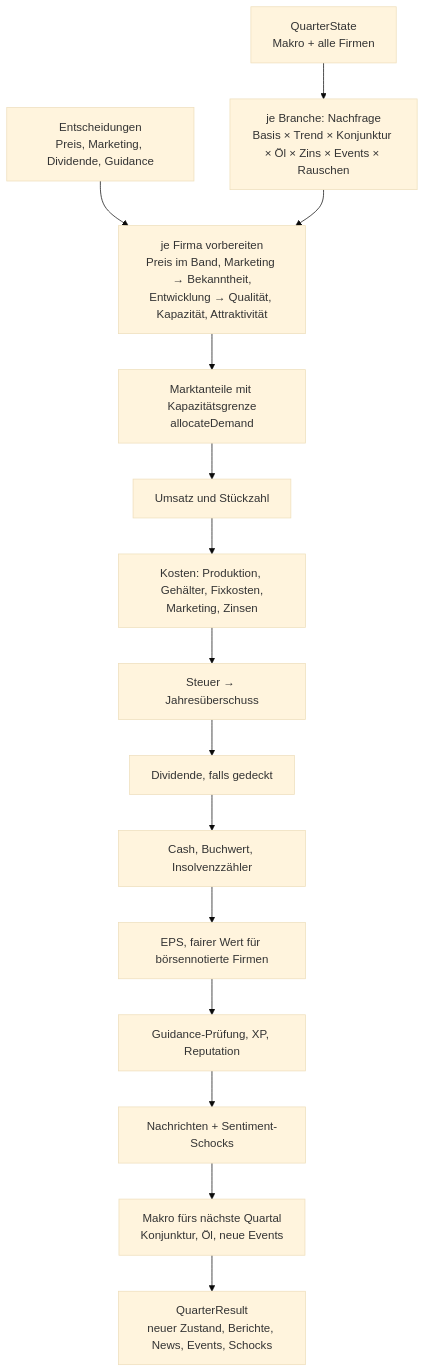
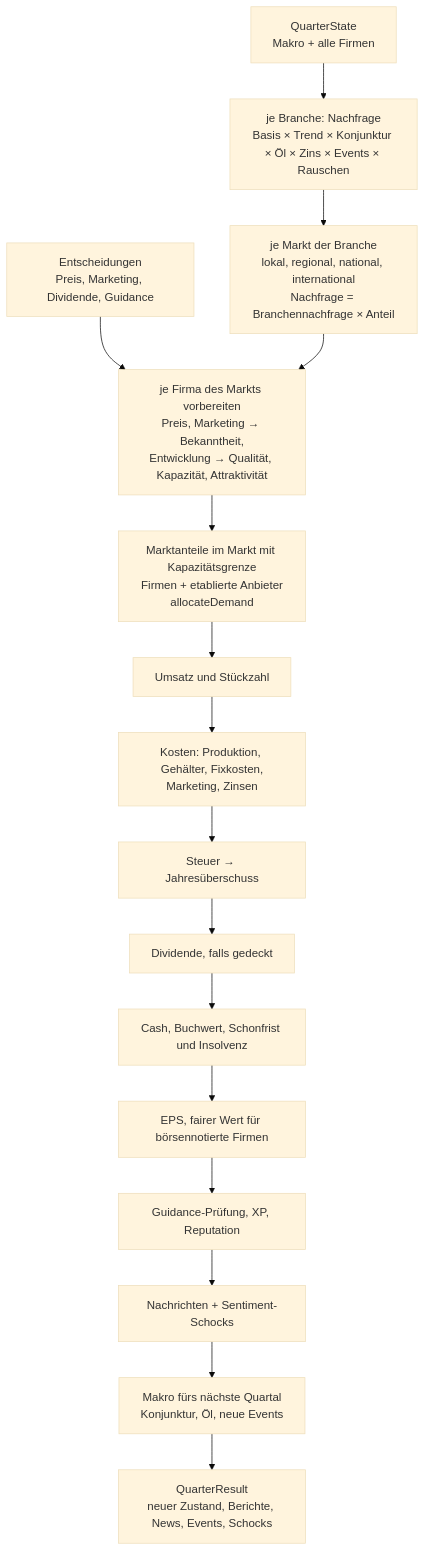
One commit to Trikophalo/TradeWorld changed the second of 2 diagrams in docs/SIMULATION.md. Above: the diagram before and after it, drawn with Mermaid (base theme). The commit also changed other lines of this file and 17 other files, not shown here.

````diff
--- a/docs/SIMULATION.md
+++ b/docs/SIMULATION.md
@@ -377,17 +377,18 @@
 ```mermaid
 flowchart TD
     A[QuarterState<br/>Makro + alle Firmen] --> B[je Branche: Nachfrage<br/>Basis × Trend × Konjunktur × Öl × Zins × Events × Rauschen]
+    B --> S[je Markt der Branche<br/>lokal, regional, national, international<br/>Nachfrage = Branchennachfrage × Anteil]
     D[Entscheidungen<br/>Preis, Marketing, Dividende, Guidance] --> C
-    B --> C[je Firma vorbereiten<br/>Preis im Band, Marketing → Bekanntheit,<br/>Entwicklung → Qualität, Kapazität, Attraktivität]
-    C --> E[Marktanteile mit Kapazitätsgrenze<br/>allocateDemand]
+    S --> C[je Firma des Markts vorbereiten<br/>Preis, Marketing → Bekanntheit,<br/>Entwicklung → Qualität, Kapazität, Attraktivität]
+    C --> E[Marktanteile im Markt mit Kapazitätsgrenze<br/>Firmen + etablierte Anbieter<br/>allocateDemand]
     E --> F[Umsatz und Stückzahl]
     F --> G[Kosten: Produktion, Gehälter, Fixkosten,<br/>Marketing, Zinsen]
     G --> H[Steuer → Jahresüberschuss]
     H --> I[Dividende, falls gedeckt]
-    I --> J[Cash, Buchwert, Insolvenzzähler]
+    I --> J[Cash, Buchwert, Schonfrist und Insolvenz]
     J --> K[EPS, fairer Wert für börsennotierte Firmen]
     K --> L[Guidance-Prüfung, XP, Reputation]
     L --> M[Nachrichten + Sentiment-Schocks]
     M --> N[Makro fürs nächste Quartal<br/>Konjunktur, Öl, neue Events]
     N --> O[QuarterResult<br/>neuer Zustand, Berichte, News, Events, Schocks]
 ```
````
